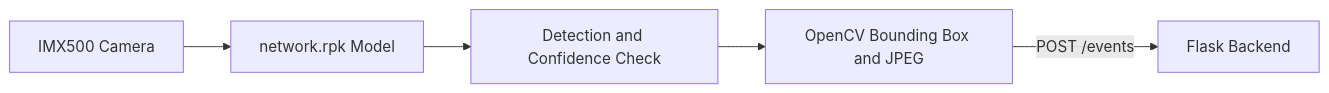
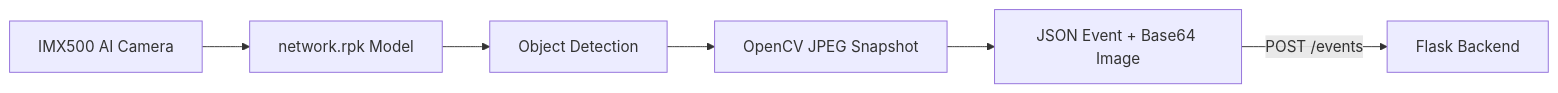
The second of 6 diagrams in task7-backend-documentation.md (azazmuzaffar/Newlauncher-5.0), drawn with Mermaid before and after one commit. The commit also changed other lines of this file, not shown here.

````diff
--- a/task7-backend-documentation.md
+++ b/task7-backend-documentation.md
@@ -58,7 +64,8 @@
 ```mermaid
 flowchart LR
-    A[IMX500 Camera] --> B[network.rpk Model]
-    B --> C[Detection and Confidence Check]
-    C --> D[OpenCV Bounding Box and JPEG]
-    D -->|POST /events| E[Flask Backend]
+    A[IMX500 AI Camera] --> B[network.rpk Model]
+    B --> C[Object Detection]
+    C --> D[OpenCV JPEG Snapshot]
+    D --> E[JSON Event + Base64 Image]
+    E -->|POST /events| F[Flask Backend]
 ```
````
